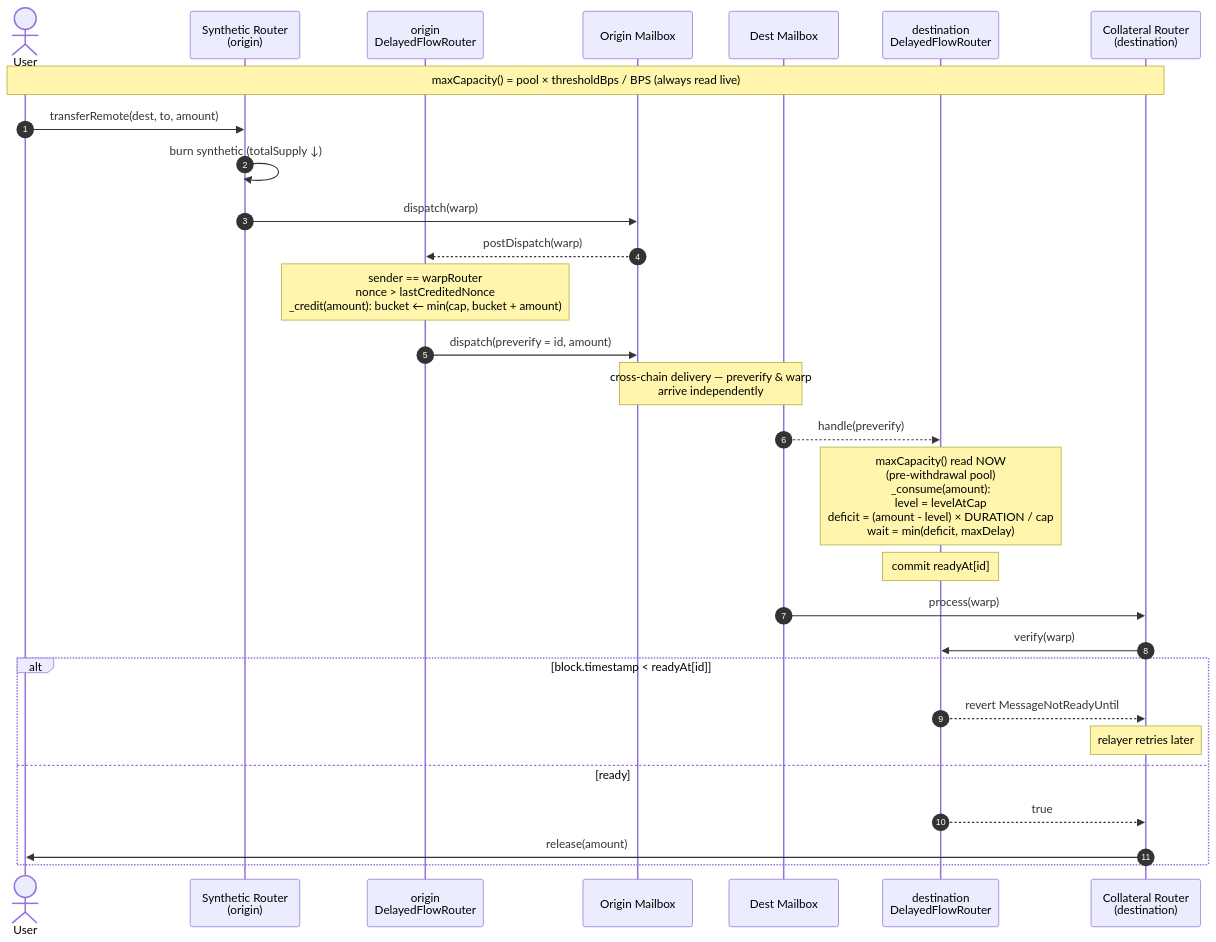
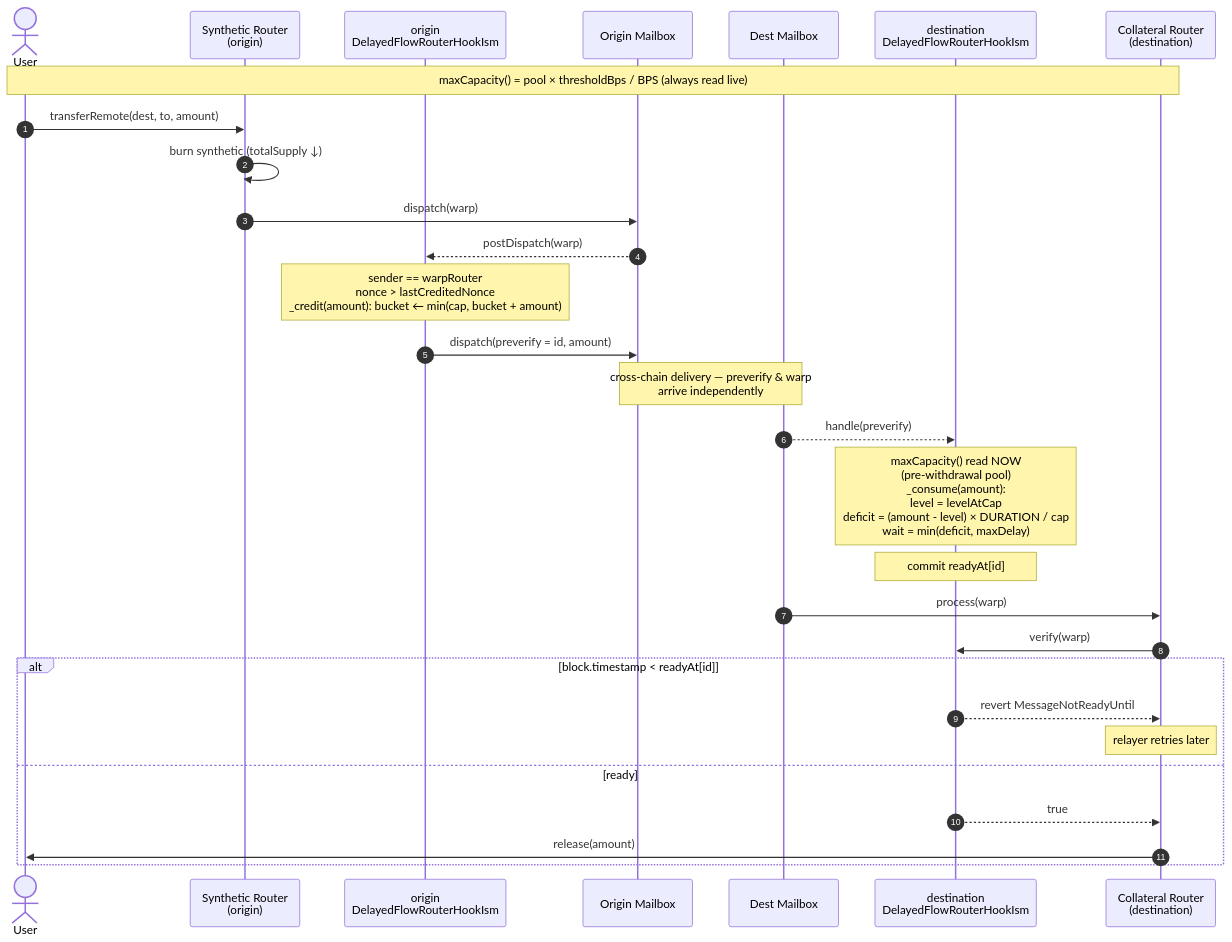
One commit to hyperlane-xyz/hyperlane-monorepo changed the diagram in docs/delayed-flow-router.md. Above: the diagram before and after it, drawn with Mermaid. The commit also changed other lines of this file and 9 other files, not shown here.

Commit message:
refactor(core): rename DelayedFlowRouter to DelayedFlowRouterHookIsm

````diff
--- a/docs/delayed-flow-router.md
+++ b/docs/delayed-flow-router.md
@@ -28,36 +28,36 @@
 ```mermaid
 sequenceDiagram
   autonumber
   actor U as User
   participant SR as Synthetic Router<br/>(origin)
-  participant OD as origin<br/>DelayedFlowRouter
+  participant OD as origin<br/>DelayedFlowRouterHookIsm
   participant OM as Origin Mailbox
   participant DM as Dest Mailbox
-  participant DD as destination<br/>DelayedFlowRouter
+  participant DD as destination<br/>DelayedFlowRouterHookIsm
   participant CR as Collateral Router<br/>(destination)
 
   Note over U,CR: maxCapacity() = pool × thresholdBps / BPS (always read live)
 
   U->>SR: transferRemote(dest, to, amount)
   SR->>SR: burn synthetic (totalSupply ↓)
   SR->>OM: dispatch(warp)
   OM-->>OD: postDispatch(warp)
   Note over OD: sender == warpRouter<br/>nonce > lastCreditedNonce<br/>_credit(amount): bucket ← min(cap, bucket + amount)
   OD->>OM: dispatch(preverify = id, amount)
 
   Note over OM,DM: cross-chain delivery — preverify & warp<br/>arrive independently
 
   DM-->>DD: handle(preverify)
   Note over DD: maxCapacity() read NOW<br/>(pre-withdrawal pool)<br/>_consume(amount):<br/>  level = levelAtCap<br/>  deficit = (amount - level) × DURATION / cap<br/>  wait = min(deficit, maxDelay)
   Note over DD: commit readyAt[id]
 
   DM->>CR: process(warp)
   CR->>DD: verify(warp)
   alt block.timestamp < readyAt[id]
     DD-->>CR: revert MessageNotReadyUntil
     Note over CR: relayer retries later
   else ready
     DD-->>CR: true
     CR->>U: release(amount)
   end
 ```
````
